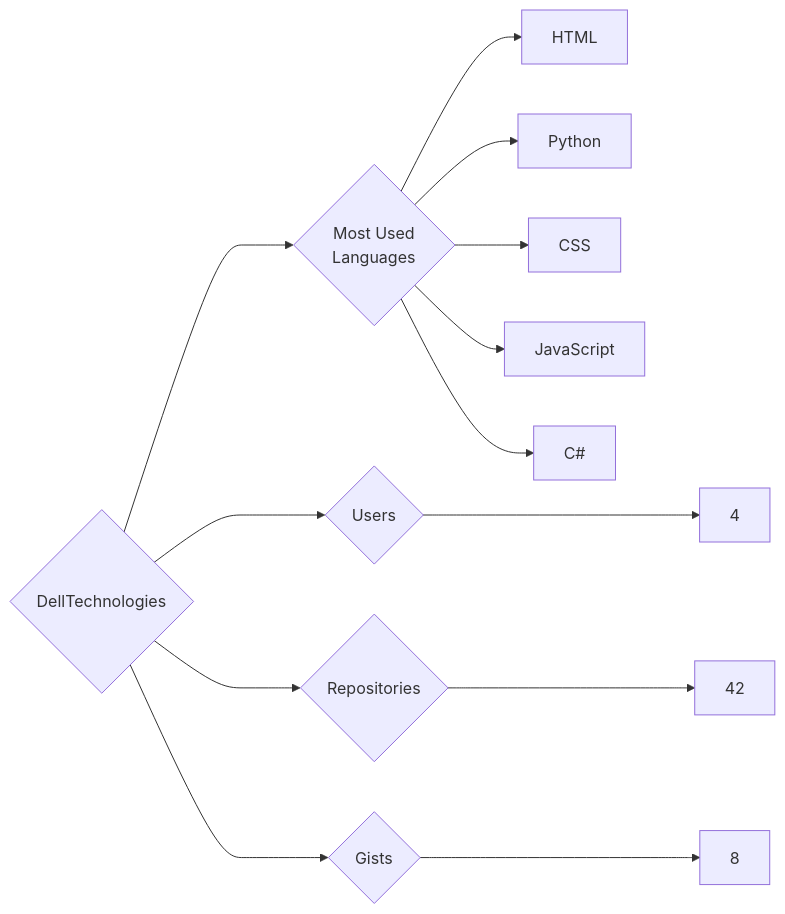
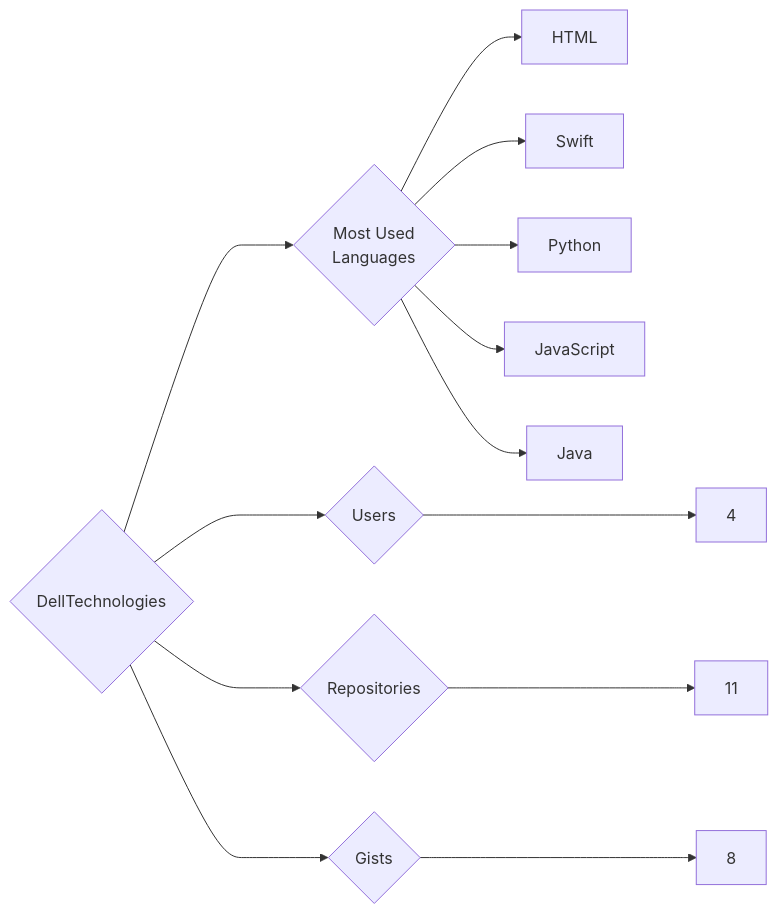
One commit to trickest/insiders changed the diagram in targets/DellTechnologies/README.md. Above: the diagram before and after it, drawn with Mermaid. The commit also changed 1055 other files, not shown here.

````diff
--- a/targets/DellTechnologies/README.md
+++ b/targets/DellTechnologies/README.md
@@ -3,13 +3,13 @@
 ```mermaid
 graph LR
 COMPANY_NAME{DellTechnologies}
 COMPANY_NAME ---> U{Users} ---> UN[4]
-COMPANY_NAME ---> R{Repositories} ---> RN[42]
+COMPANY_NAME ---> R{Repositories} ---> RN[11]
 COMPANY_NAME ---> G{Gists} ---> GN[8]
 COMPANY_NAME ---> ML{Most Used<br>Languages}
 ML --> HTML[HTML]
+ML --> Swift[Swift]
 ML --> Python[Python]
-ML --> CSS[CSS]
 ML --> JavaScript[JavaScript]
-ML --> C#[C#]
+ML --> Java[Java]
 ```
````
